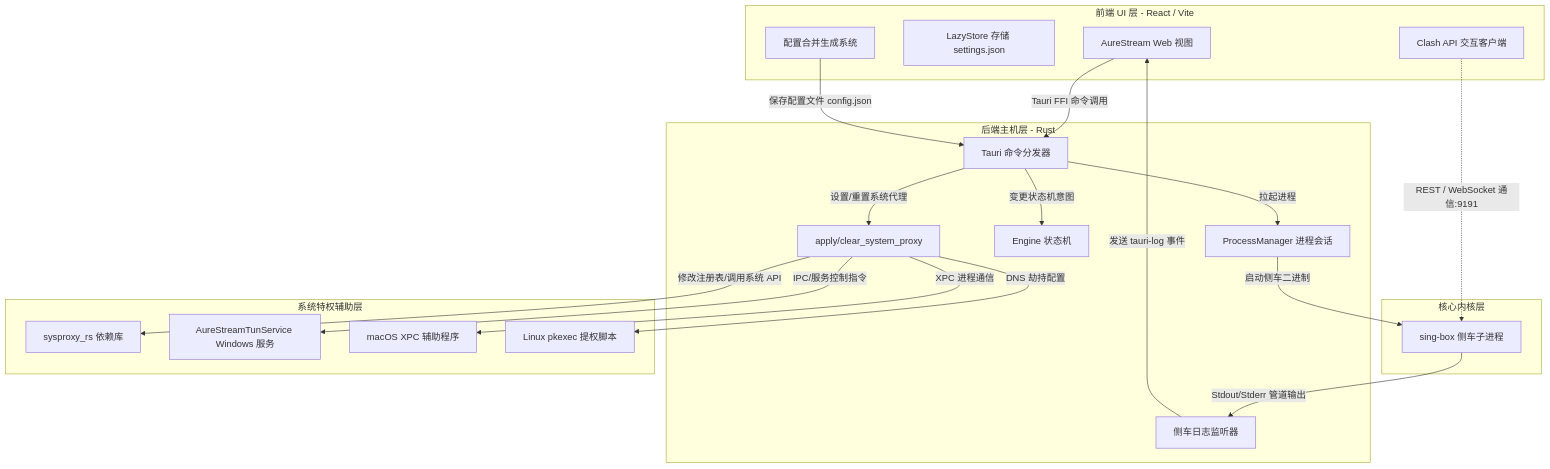
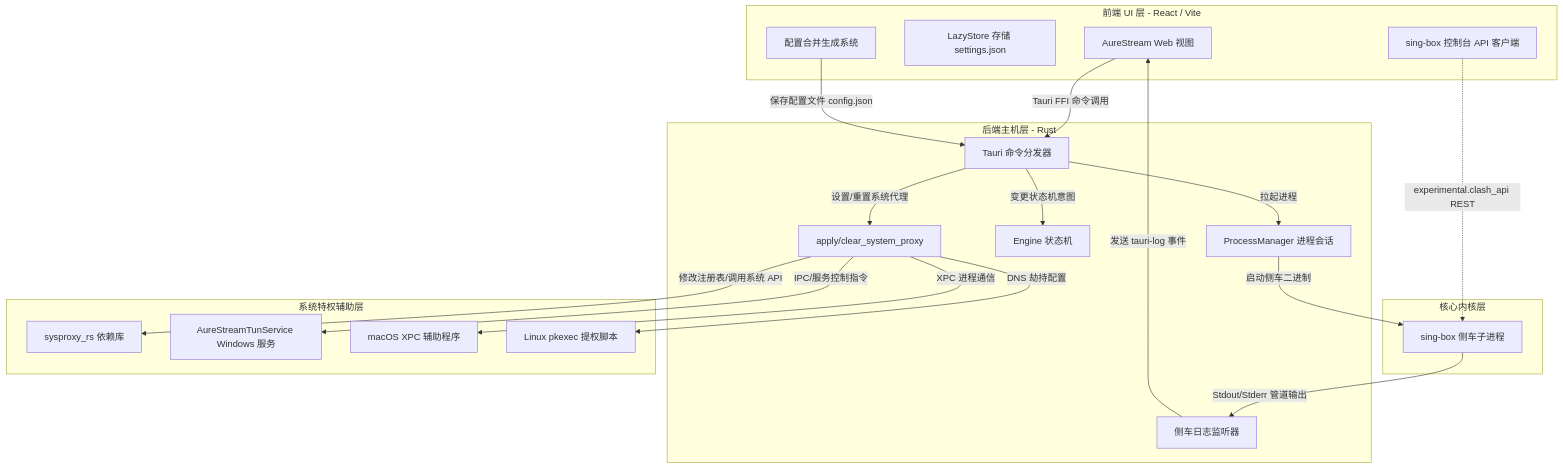
One commit to BadKid90s/AureStream changed the first of 3 diagrams in docs/architecture.md. Above: the diagram before and after it, drawn with Mermaid. The commit also changed other lines of this file and 35 other files, not shown here.

First line of the commit message:
refactor: sing-box API layer, core split, and multi-subscription state

````diff
--- a/docs/architecture.md
+++ b/docs/architecture.md
@@ -32,43 +32,43 @@
 ```mermaid
 graph TD
     subgraph Frontend [前端 UI 层 - React / Vite]
         UI[AureStream Web 视图]
         SStore[LazyStore 存储 settings.json]
         Merger[配置合并生成系统]
-        ClashAPI[Clash API 交互客户端]
+        SingBoxAPI[sing-box 控制台 API 客户端]
     end
 
     subgraph TauriHost [后端主机层 - Rust]
         TC[Tauri 命令分发器]
         PM[ProcessManager 进程会话]
         SM[Engine 状态机]
         Mon[侧车日志监听器]
         SysProxyWrap[apply/clear_system_proxy]
     end
 
     subgraph ExternalEngine [核心内核层]
         SingBox[sing-box 侧车子进程]
     end
 
     subgraph OSHelpers [系统特权辅助层]
         SysProxyRs[sysproxy_rs 依赖库]
         TunSvc[AureStreamTunService Windows 服务]
         XPCSvc[macOS XPC 辅助程序]
         PkExec[Linux pkexec 提权脚本]
     end
 
     %% 组件交互
     UI -->|Tauri FFI 命令调用| TC
     Merger -->|保存配置文件 config.json| TC
     TC -->|变更状态机意图| SM
     TC -->|拉起进程| PM
     PM -->|启动侧车二进制| SingBox
     SingBox -->|Stdout/Stderr 管道输出| Mon
     Mon -->|发送 tauri-log 事件| UI
     TC -->|设置/重置系统代理| SysProxyWrap
     SysProxyWrap -->|修改注册表/调用系统 API| SysProxyRs
     SysProxyWrap -->|IPC/服务控制指令| TunSvc
     SysProxyWrap -->|XPC 进程通信| XPCSvc
     SysProxyWrap -->|DNS 劫持配置| PkExec
-    ClashAPI -.->|REST / WebSocket 通信:9191| SingBox
+    SingBoxAPI -.->|experimental.clash_api REST| SingBox
 ```
````
